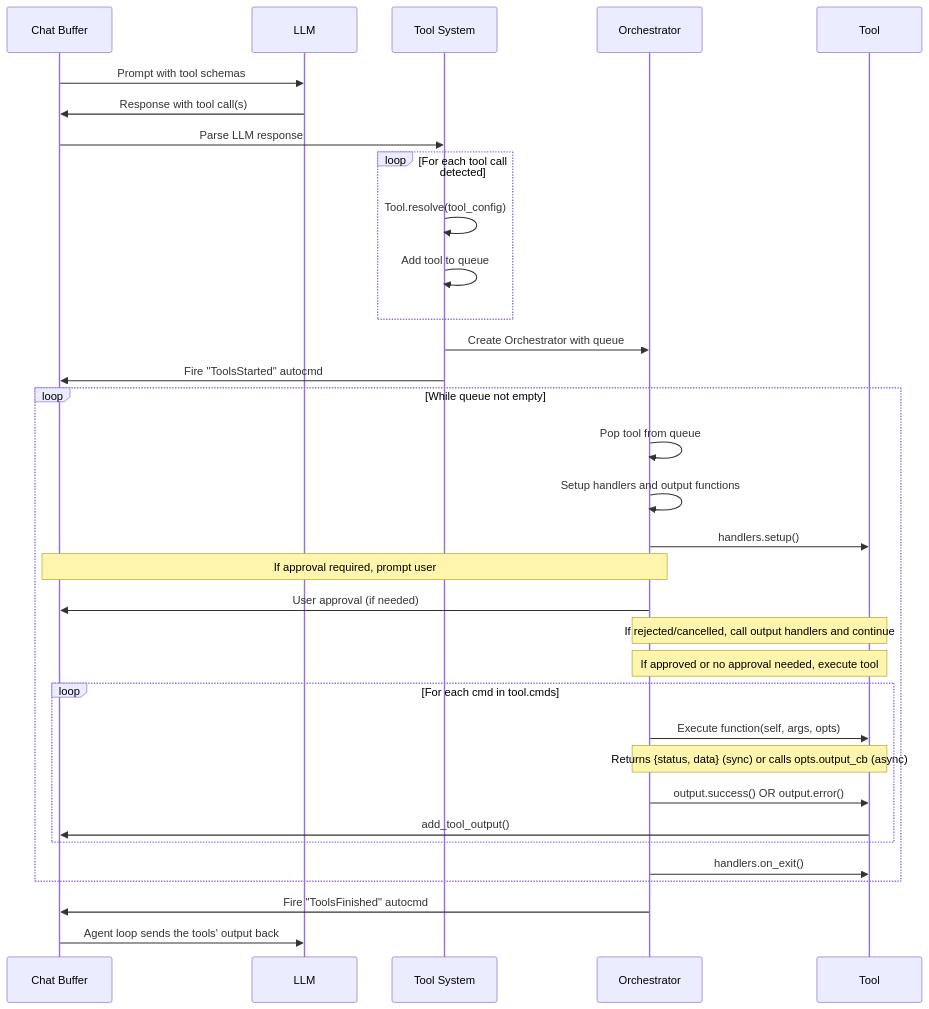
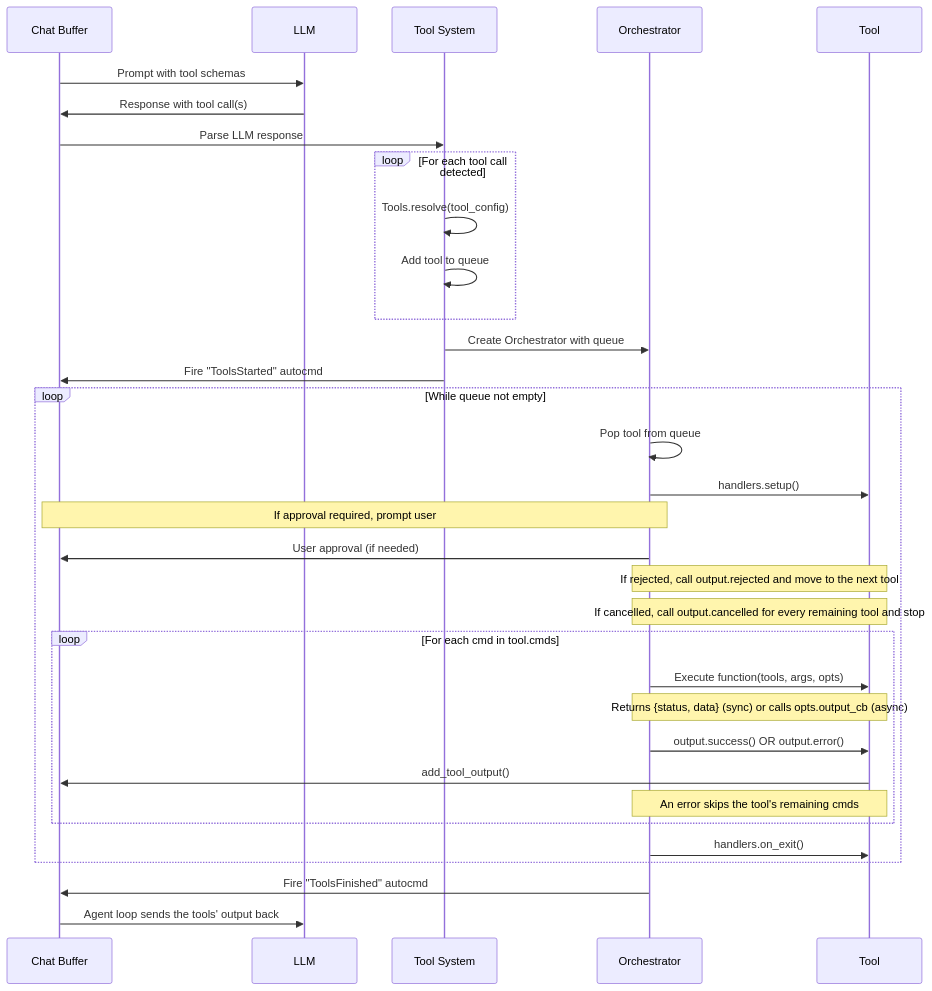
The diagram in doc/extending/tools.md (olimorris/codecompanion.nvim), drawn with Mermaid before and after one commit. The commit also changed other lines of this file and 66 other files, not shown here.

````diff
--- a/doc/extending/tools.md
+++ b/doc/extending/tools.md
@@ -17,45 +13,45 @@
 ```mermaid
 sequenceDiagram
     participant C as Chat Buffer
     participant L as LLM
     participant TS as Tool System
     participant O as Orchestrator
     participant T as Tool
 
     C->>L: Prompt with tool schemas
     L->>C: Response with tool call(s)
 
     C->>TS: Parse LLM response
 
     loop For each tool call detected
-        TS->>TS: Tool.resolve(tool_config)
+        TS->>TS: Tools.resolve(tool_config)
         TS->>TS: Add tool to queue
     end
 
     TS->>O: Create Orchestrator with queue
     TS->>C: Fire "ToolsStarted" autocmd
 
     loop While queue not empty
         O->>O: Pop tool from queue
-        O->>O: Setup handlers and output functions
         O->>T: handlers.setup()
 
         Note over O,C: If approval required, prompt user
         O->>C: User approval (if needed)
 
-        Note over O,T: If rejected/cancelled, call output handlers and continue
-        Note over O,T: If approved or no approval needed, execute tool
+        Note over O,T: If rejected, call output.rejected and move to the next tool
+        Note over O,T: If cancelled, call output.cancelled for every remaining tool and stop
 
         loop For each cmd in tool.cmds
-            O->>T: Execute function(self, args, opts)
+            O->>T: Execute function(tools, args, opts)
             Note over T,O: Returns {status, data} (sync) or calls opts.output_cb (async)
             O->>T: output.success() OR output.error()
             T->>C: add_tool_output()
+            Note over O,T: An error skips the tool's remaining cmds
         end
 
         O->>T: handlers.on_exit()
     end
 
     O->>C: Fire "ToolsFinished" autocmd
     C->>L: Agent loop sends the tools' output back
 ```
````
